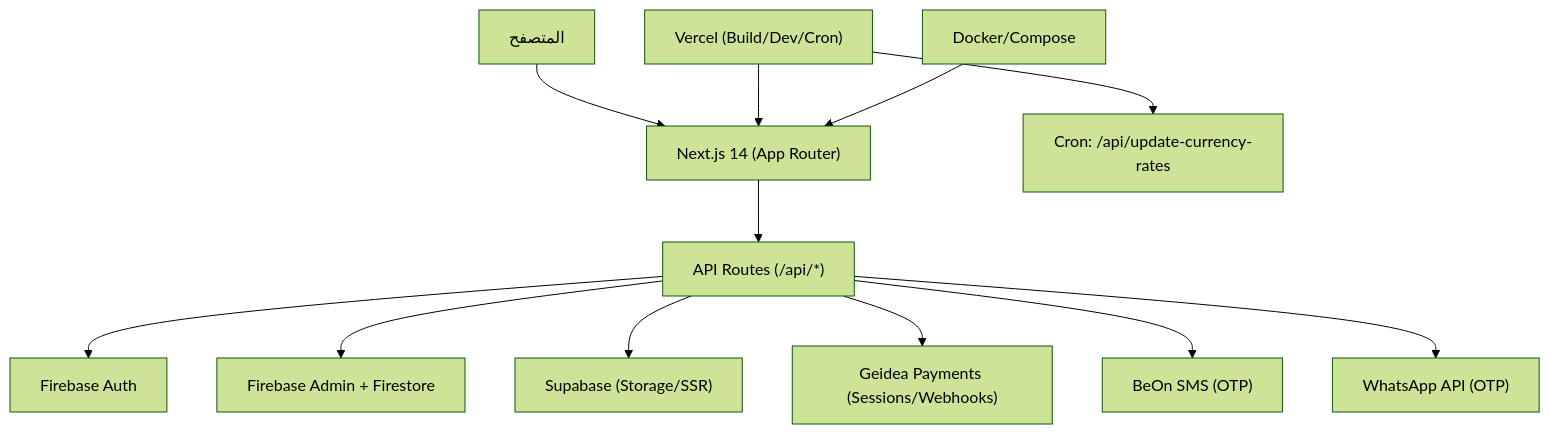
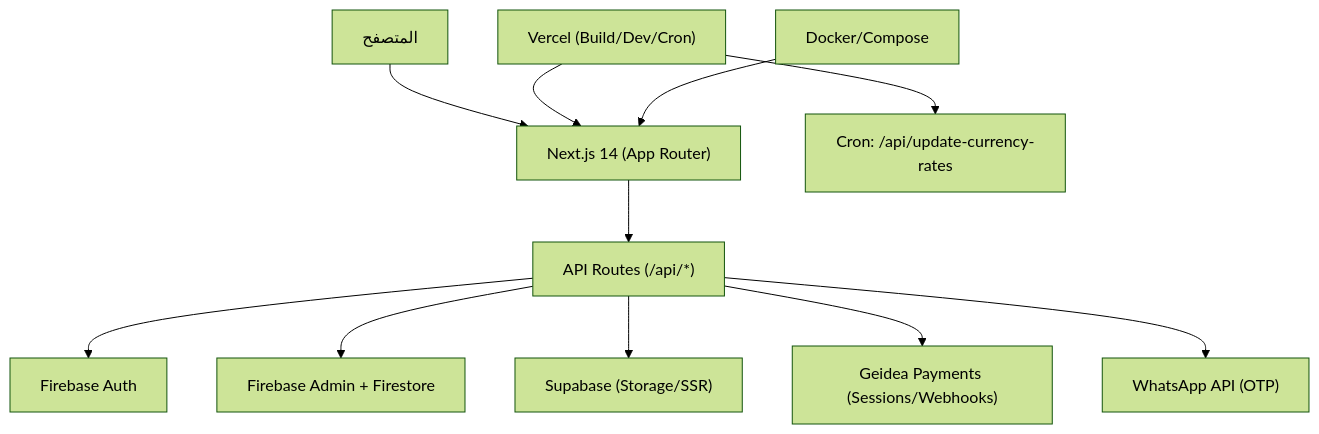
Before and after one commit to Moh-saudi/El7lm-V2: the diagram in PROJECT_AUDIT_AND_ACTION_PLAN_AR.md, drawn with Mermaid (forest theme). The commit also changed other lines of this file and 1281 other files, not shown here.

````diff
--- a/PROJECT_AUDIT_AND_ACTION_PLAN_AR.md
+++ b/PROJECT_AUDIT_AND_ACTION_PLAN_AR.md
@@ -26,14 +25,13 @@
 ```mermaid
 graph TD
   A["المتصفح"] --> B["Next.js 14 (App Router)"]
   B --> C["API Routes (/api/*)"]
   C --> D["Firebase Auth"]
   C --> E["Firebase Admin + Firestore"]
   C --> F["Supabase (Storage/SSR)"]
   C --> G["Geidea Payments (Sessions/Webhooks)"]
-  C --> H["BeOn SMS (OTP)"]
   C --> I["WhatsApp API (OTP)"]
   K["Vercel (Build/Dev/Cron)"] --> B
   K --> L["Cron: /api/update-currency-rates"]
   M["Docker/Compose"] --> B
 ```
````
